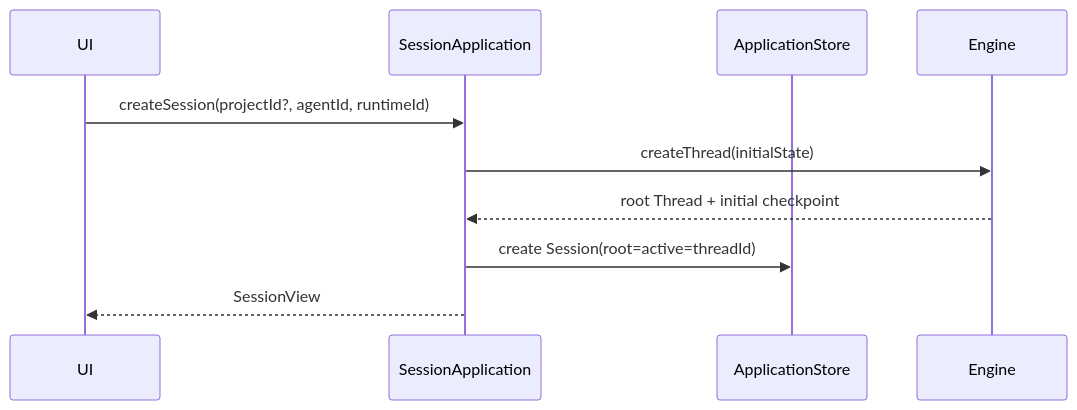
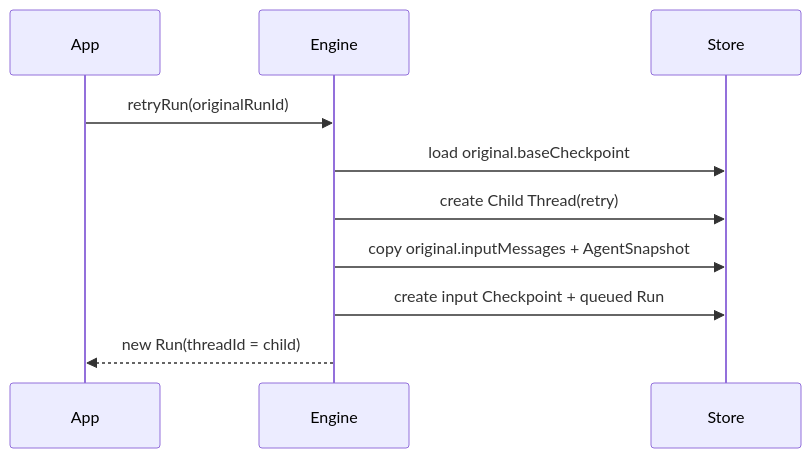
One commit to kodama-creative/ai-studio changed the fifth of 7 diagrams in docs/architecture/agent-application-engine-architecture.md. Above: the diagram before and after it, drawn with Mermaid. The commit also changed other lines of this file and 167 other files, not shown here.

Commit message:
feat(agent): introduce engine and application layers

````diff
--- a/docs/architecture/agent-application-engine-architecture.md
+++ b/docs/architecture/agent-application-engine-architecture.md
@@ -564,13 +277,13 @@
 ```mermaid
 sequenceDiagram
-  participant UI
-  participant App as SessionApplication
-  participant AppStore as ApplicationStore
+  participant App
   participant Engine
+  participant Store
 
-  UI->>App: createSession(projectId?, agentId, runtimeId)
-  App->>Engine: createThread(initialState)
-  Engine-->>App: root Thread + initial checkpoint
-  App->>AppStore: create Session(root=active=threadId)
-  App-->>UI: SessionView
+  App->>Engine: retryRun(originalRunId)
+  Engine->>Store: load original.baseCheckpoint
+  Engine->>Store: create Child Thread(retry)
+  Engine->>Store: copy original.inputMessages + AgentSnapshot
+  Engine->>Store: create input Checkpoint + queued Run
+  Engine-->>App: new Run(threadId = child)
 ```
````
